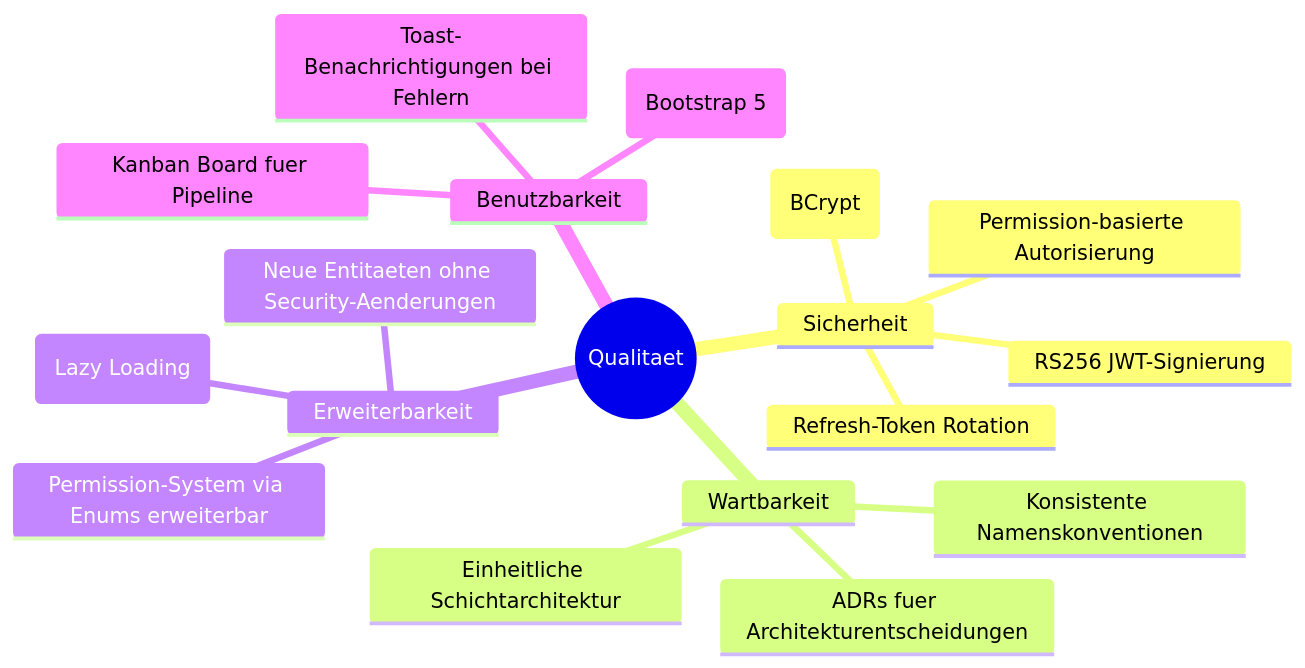
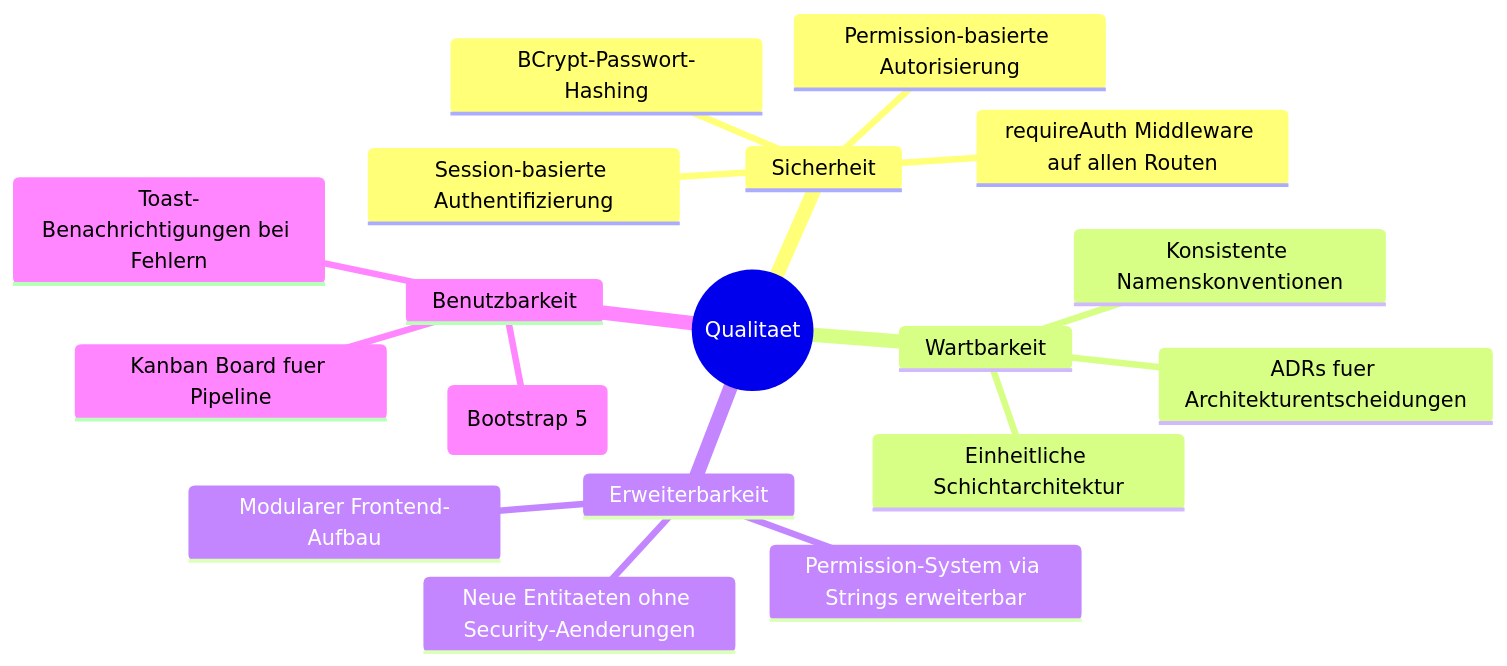
Before and after one commit to atra-consulting/coding-with-ai-lab: the eighth of 8 diagrams in docs/architecture.md, drawn with Mermaid. The commit also changed other lines of this file, not shown here.

First line of the commit message:
feat: Rewrite architecture.md for Node.js/Express/SQLite stack. UPDATE-README

````diff
--- a/docs/architecture.md
+++ b/docs/architecture.md
@@ -310,21 +323,21 @@
 ```mermaid
 mindmap
   root((Qualitaet))
     Sicherheit
-      RS256 JWT-Signierung
+      Session-basierte Authentifizierung
       Permission-basierte Autorisierung
-      Kein Klartext-Passwort (BCrypt)
-      Refresh-Token Rotation
+      BCrypt-Passwort-Hashing
+      requireAuth Middleware auf allen Routen
     Wartbarkeit
       Einheitliche Schichtarchitektur
       Konsistente Namenskonventionen
       ADRs fuer Architekturentscheidungen
     Erweiterbarkeit
       Neue Entitaeten ohne Security-Aenderungen
-      Permission-System via Enums erweiterbar
-      Modularer Frontend-Aufbau (Lazy Loading)
+      Permission-System via Strings erweiterbar
+      Modularer Frontend-Aufbau
     Benutzbarkeit
       Responsive UI (Bootstrap 5)
       Kanban Board fuer Pipeline
       Toast-Benachrichtigungen bei Fehlern
 ```
````
